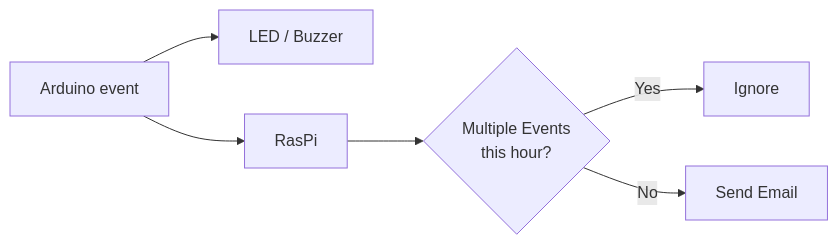
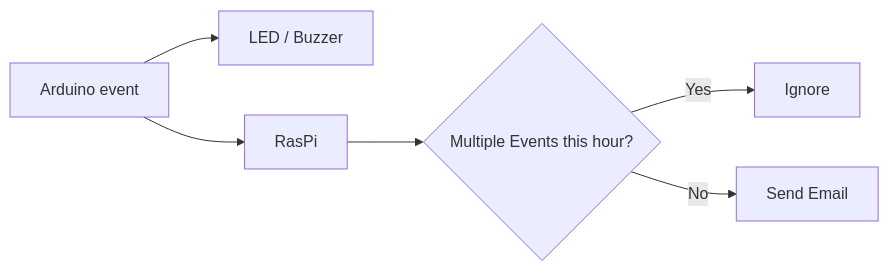
Before and after one commit to stagethird/multisensor_project: the diagram in README.md, drawn with Mermaid.

````diff
--- a/README.md
+++ b/README.md
@@ -28,8 +28,7 @@
 ```mermaid
 flowchart LR
   A[Arduino event] --> B[LED / Buzzer] & C[RasPi]
-  C --> D{"`Multiple Events
-this hour?`"}
+  C --> D{"`Multiple Events this hour?`"}
   D -->|Yes| E[Ignore]
   D -->|No| F[Send Email]
 ```
````
